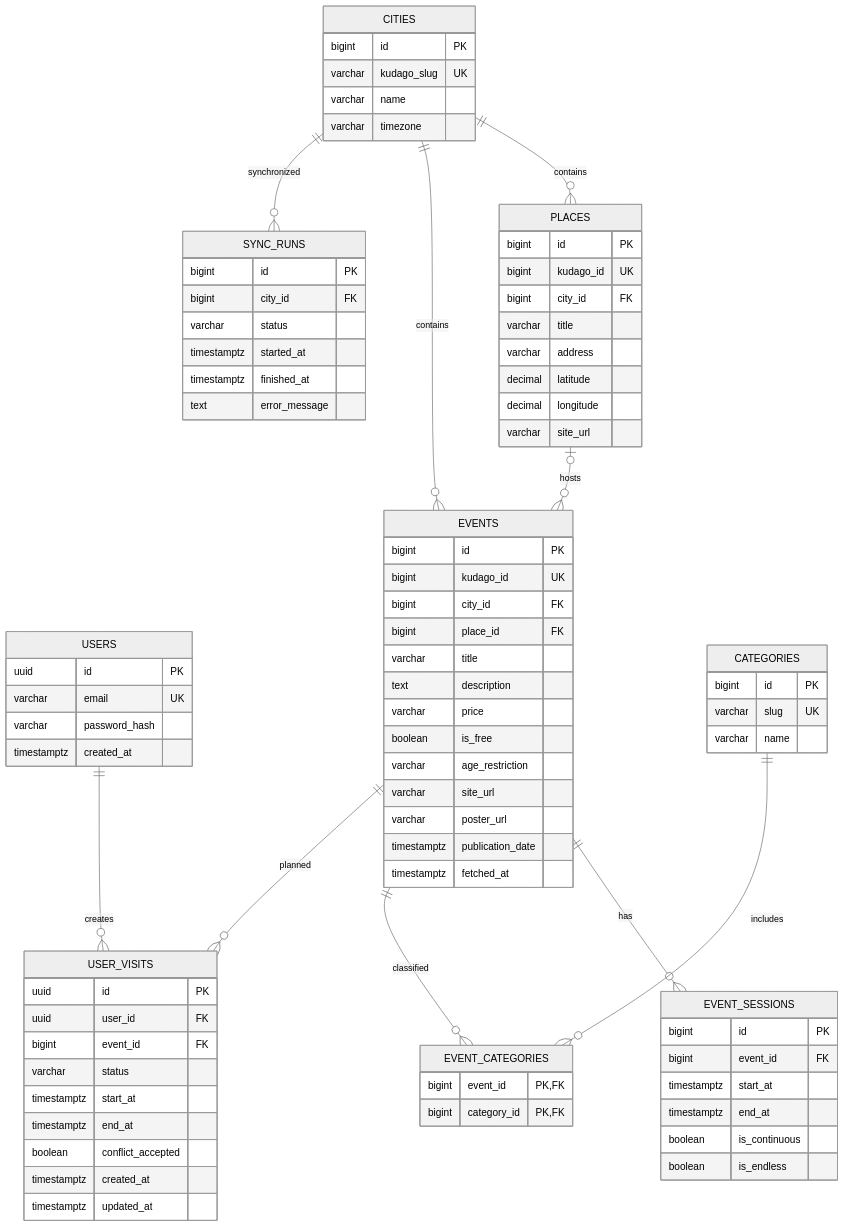
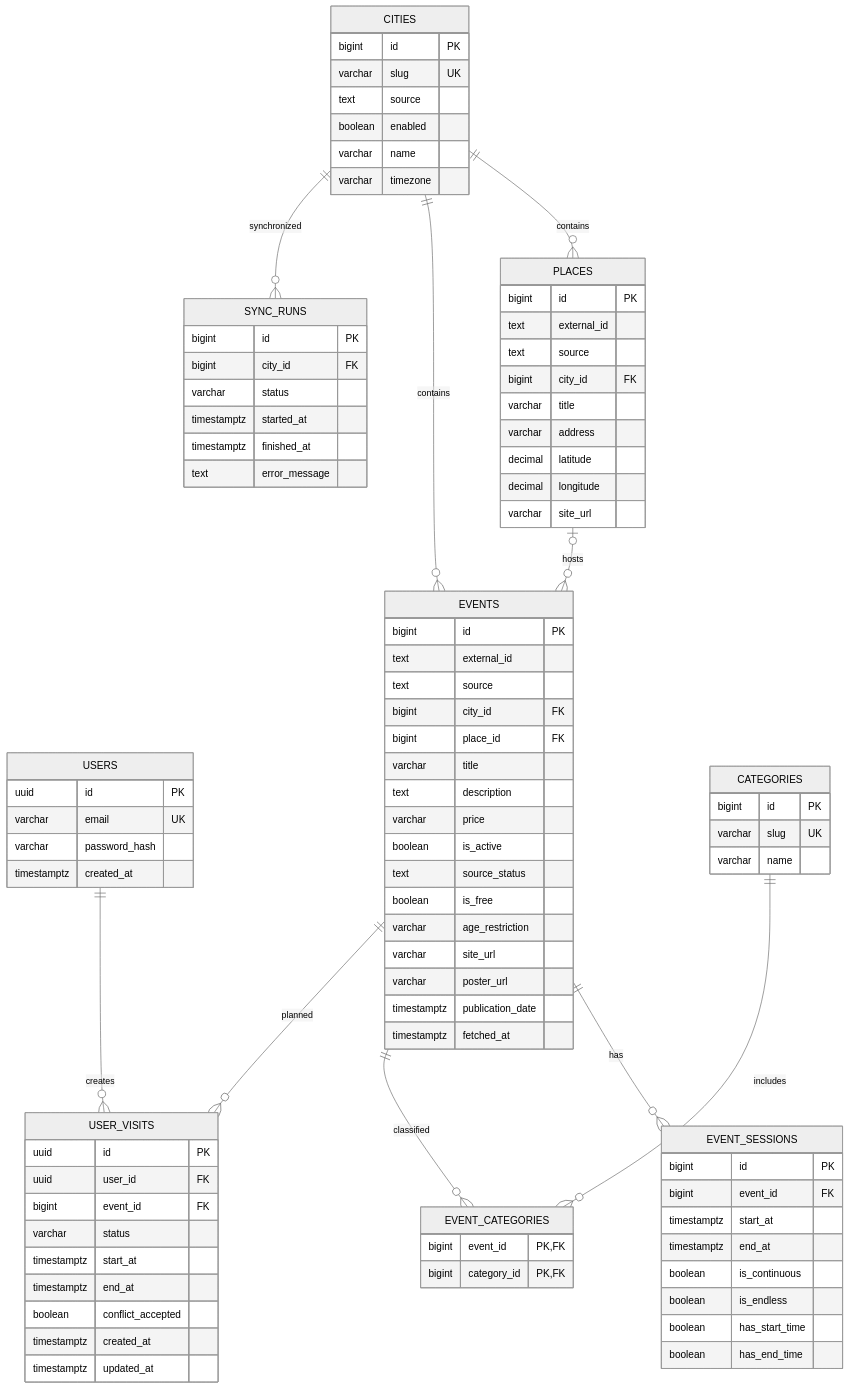
Before and after one commit to Daniil-drom/kpo-event-planner: the third of 3 diagrams in README.md, drawn with Mermaid (neutral theme). The commit also changed other lines of this file and 21 other files, not shown here.

```diff
--- a/README.md
+++ b/README.md
@@ -328,13 +286,16 @@
     }
     CITIES {
         bigint id PK
-        varchar kudago_slug UK
+        varchar slug UK
+        text source
+        boolean enabled
         varchar name
         varchar timezone
     }
     PLACES {
         bigint id PK
-        bigint kudago_id UK
+        text external_id
+        text source
         bigint city_id FK
         varchar title
         varchar address
@@ -344,12 +305,15 @@
     }
     EVENTS {
         bigint id PK
-        bigint kudago_id UK
+        text external_id
+        text source
         bigint city_id FK
         bigint place_id FK
         varchar title
         text description
         varchar price
+        boolean is_active
+        text source_status
         boolean is_free
         varchar age_restriction
         varchar site_url
@@ -364,6 +328,8 @@
         timestamptz end_at
         boolean is_continuous
         boolean is_endless
+        boolean has_start_time
+        boolean has_end_time
     }
     CATEGORIES {
         bigint id PK
```
